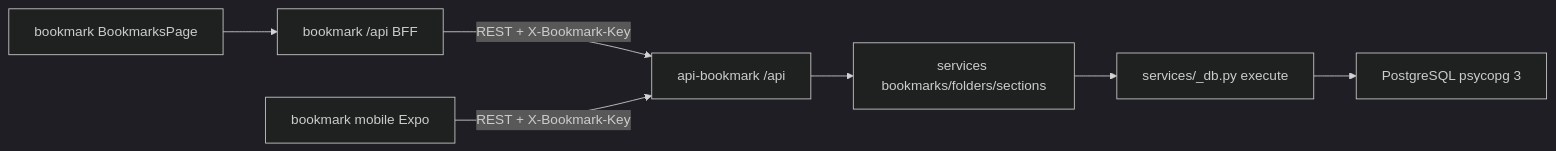
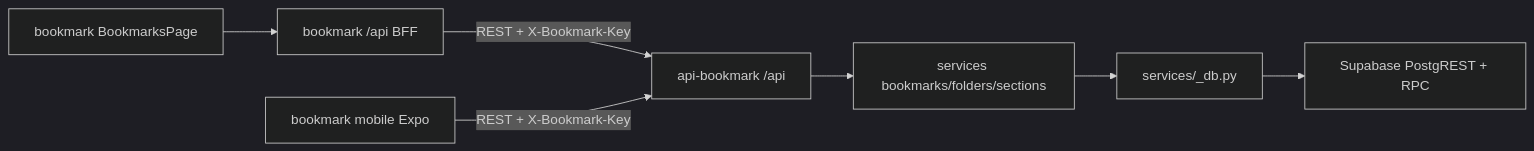
The first of 2 diagrams in docs/graphify/README.md (idghst/bookmark-api), drawn with Mermaid (dark theme) before and after one commit. The commit also changed other lines of this file and 30 other files, not shown here.

````diff
--- a/docs/graphify/README.md
+++ b/docs/graphify/README.md
@@ -35,9 +35,9 @@
 ```mermaid
 flowchart LR
   WebUI["bookmark BookmarksPage"] --> BFF["bookmark /api BFF"]
   BFF -->|"REST + X-Bookmark-Key"| REST["api-bookmark /api"]
   Mobile["bookmark mobile Expo"] -->|"REST + X-Bookmark-Key"| REST
   REST --> Domain["services bookmarks/folders/sections"]
-  Domain --> DB["services/_db.py execute"]
-  DB --> PG[PostgreSQL psycopg 3]
+  Domain --> DB["services/_db.py"]
+  DB --> SB["Supabase PostgREST + RPC"]
 ```
````
